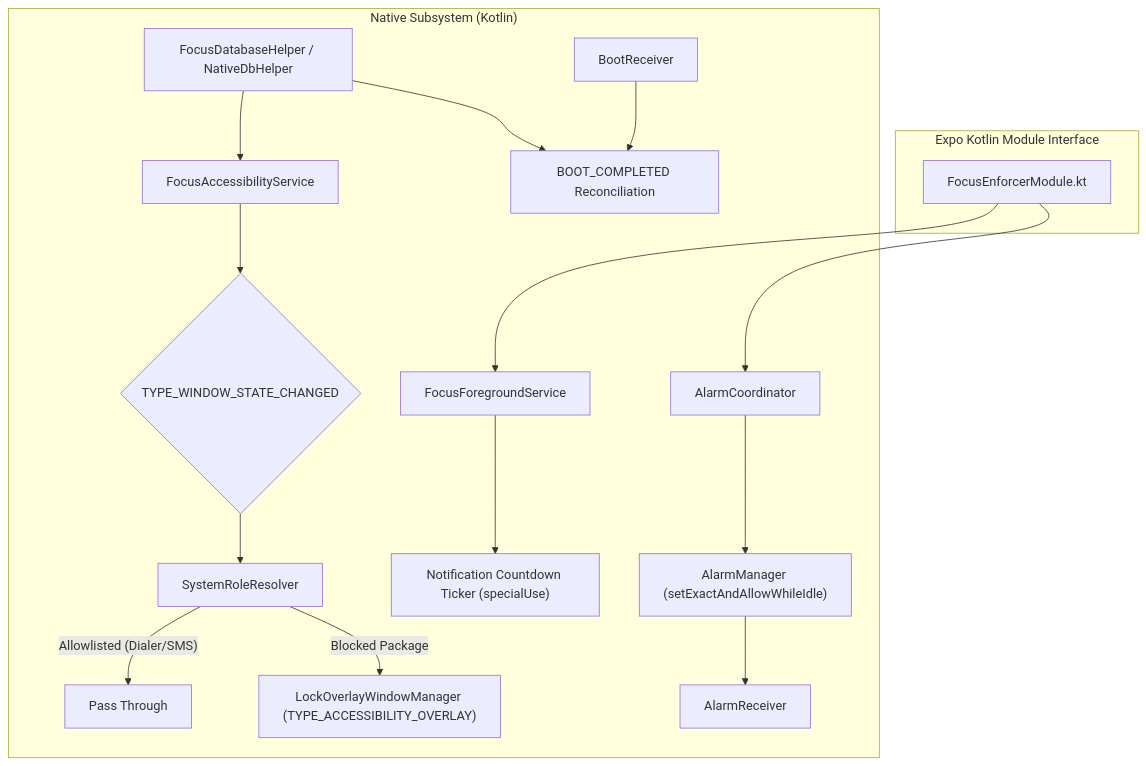
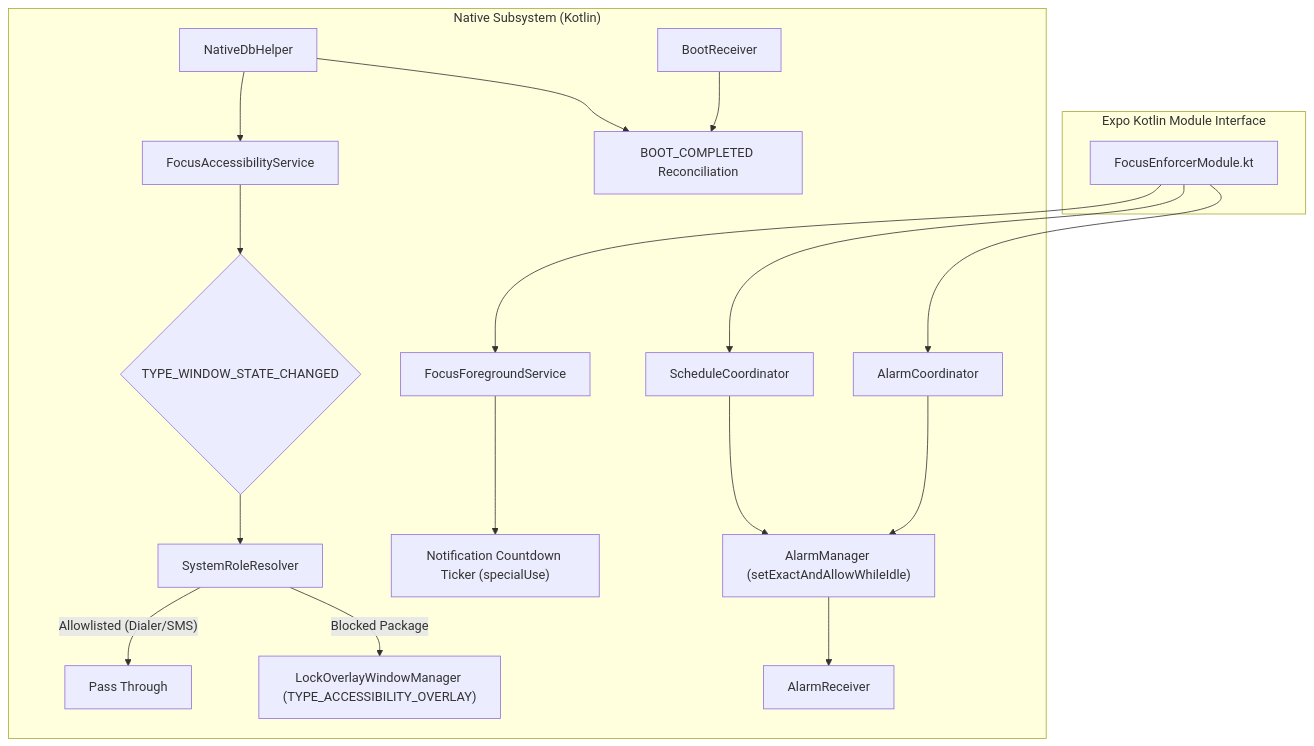
The diagram in focusGuard/modules/focus-enforcer/README.md (coder7475/focusGuard), drawn with Mermaid before and after one commit. The commit also changed other lines of this file and 31 other files, not shown here.

````diff
--- a/focusGuard/modules/focus-enforcer/README.md
+++ b/focusGuard/modules/focus-enforcer/README.md
@@ -24,24 +24,26 @@
 ```mermaid
 flowchart TD
     subgraph ExpoModule ["Expo Kotlin Module Interface"]
         API["FocusEnforcerModule.kt"]
     end
 
     subgraph EnforcementEngine ["Native Subsystem (Kotlin)"]
         Access["FocusAccessibilityService"] --> Event{"TYPE_WINDOW_STATE_CHANGED"}
         Event --> Resolver["SystemRoleResolver"]
         Resolver -- "Allowlisted (Dialer/SMS)" --> Allow["Pass Through"]
         Resolver -- "Blocked Package" --> Overlay["LockOverlayWindowManager (TYPE_ACCESSIBILITY_OVERLAY)"]
         
         Ticker["FocusForegroundService"] --> Notif["Notification Countdown Ticker (specialUse)"]
         Alarm["AlarmCoordinator"] --> AlarmMgr["AlarmManager (setExactAndAllowWhileIdle)"]
         AlarmMgr --> AlarmRecv["AlarmReceiver"]
         Boot["BootReceiver"] --> BootRecv["BOOT_COMPLETED Reconciliation"]
         
-        DB["FocusDatabaseHelper / NativeDbHelper"] --> Access
+        DB["NativeDbHelper"] --> Access
         DB --> BootRecv
+        Sched["ScheduleCoordinator"] --> AlarmMgr
     end
 
     API --> Ticker
     API --> Alarm
+    API --> Sched
 ```
````
